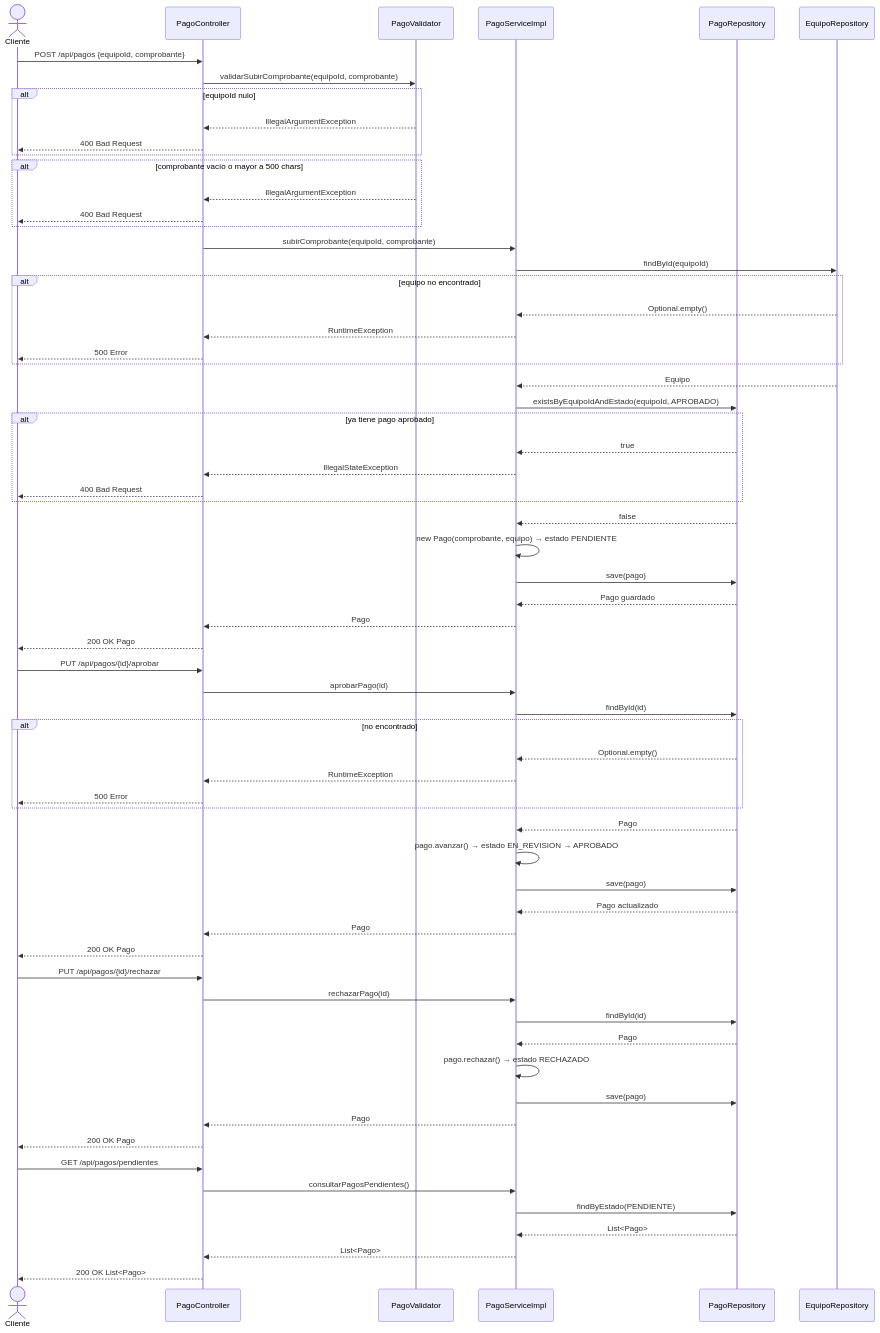
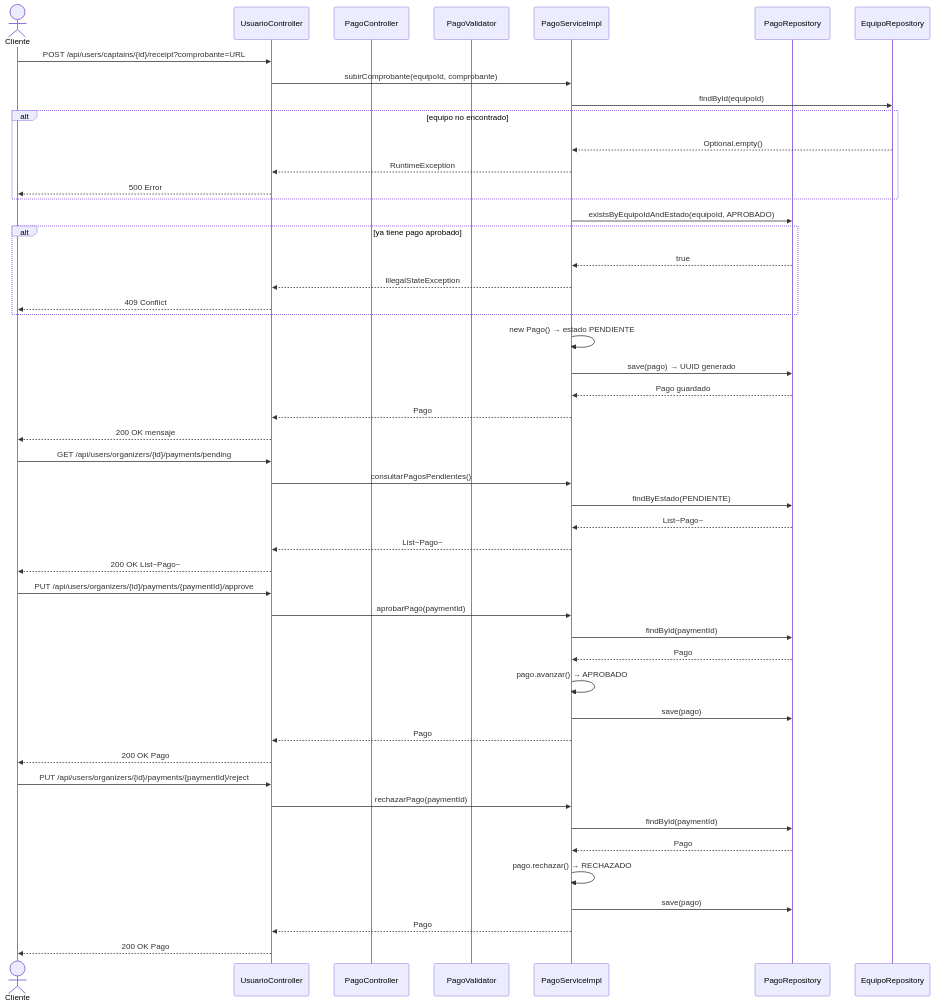
One commit to nglsz006/SFC_techcup-futbol changed the diagram in docs/uml/diagramas-secuencia/07-pagos.md. Above: the diagram before and after it, drawn with Mermaid. The commit also changed 22 other files, not shown here.

Commit message:
feat: UUID migration, OAuth2 fix, updated Mermaid diagrams and README Sprint 4

````diff
--- a/docs/uml/diagramas-secuencia/07-pagos.md
+++ b/docs/uml/diagramas-secuencia/07-pagos.md
@@ -3,75 +3,59 @@
 ```mermaid
 sequenceDiagram
     actor Cliente
+    participant UsuarioController
     participant PagoController
     participant PagoValidator
     participant PagoServiceImpl
     participant PagoRepository
     participant EquipoRepository
 
-    %% Subir comprobante
-    Cliente->>PagoController: POST /api/pagos {equipoId, comprobante}
-    PagoController->>PagoValidator: validarSubirComprobante(equipoId, comprobante)
-    alt equipoId nulo
-        PagoValidator-->>PagoController: IllegalArgumentException
-        PagoController-->>Cliente: 400 Bad Request
-    end
-    alt comprobante vacío o mayor a 500 chars
-        PagoValidator-->>PagoController: IllegalArgumentException
-        PagoController-->>Cliente: 400 Bad Request
-    end
-    PagoController->>PagoServiceImpl: subirComprobante(equipoId, comprobante)
+    %% Subir comprobante via capitan
+    Cliente->>UsuarioController: POST /api/users/captains/{id}/receipt?comprobante=URL
+    UsuarioController->>PagoServiceImpl: subirComprobante(equipoId, comprobante)
     PagoServiceImpl->>EquipoRepository: findById(equipoId)
     alt equipo no encontrado
         EquipoRepository-->>PagoServiceImpl: Optional.empty()
-        PagoServiceImpl-->>PagoController: RuntimeException
-        PagoController-->>Cliente: 500 Error
+        PagoServiceImpl-->>UsuarioController: RuntimeException
+        UsuarioController-->>Cliente: 500 Error
     end
-    EquipoRepository-->>PagoServiceImpl: Equipo
     PagoServiceImpl->>PagoRepository: existsByEquipoIdAndEstado(equipoId, APROBADO)
     alt ya tiene pago aprobado
         PagoRepository-->>PagoServiceImpl: true
-        PagoServiceImpl-->>PagoController: IllegalStateException
-        PagoController-->>Cliente: 400 Bad Request
+        PagoServiceImpl-->>UsuarioController: IllegalStateException
+        UsuarioController-->>Cliente: 409 Conflict
     end
-    PagoRepository-->>PagoServiceImpl: false
-    PagoServiceImpl->>PagoServiceImpl: new Pago(comprobante, equipo) → estado PENDIENTE
-    PagoServiceImpl->>PagoRepository: save(pago)
+    PagoServiceImpl->>PagoServiceImpl: new Pago() → estado PENDIENTE
+    PagoServiceImpl->>PagoRepository: save(pago) → UUID generado
     PagoRepository-->>PagoServiceImpl: Pago guardado
-    PagoServiceImpl-->>PagoController: Pago
-    PagoController-->>Cliente: 200 OK Pago
+    PagoServiceImpl-->>UsuarioController: Pago
+    UsuarioController-->>Cliente: 200 OK mensaje
+
+    %% Consultar pagos pendientes
+    Cliente->>UsuarioController: GET /api/users/organizers/{id}/payments/pending
+    UsuarioController->>PagoServiceImpl: consultarPagosPendientes()
+    PagoServiceImpl->>PagoRepository: findByEstado(PENDIENTE)
+    PagoRepository-->>PagoServiceImpl: List~Pago~
+    PagoServiceImpl-->>UsuarioController: List~Pago~
+    UsuarioController-->>Cliente: 200 OK List~Pago~
 
     %% Aprobar pago
-    Cliente->>PagoController: PUT /api/pagos/{id}/aprobar
-    PagoController->>PagoServiceImpl: aprobarPago(id)
-    PagoServiceImpl->>PagoRepository: findById(id)
-    alt no encontrado
-        PagoRepository-->>PagoServiceImpl: Optional.empty()
-        PagoServiceImpl-->>PagoController: RuntimeException
-        PagoController-->>Cliente: 500 Error
-    end
+    Cliente->>UsuarioController: PUT /api/users/organizers/{id}/payments/{paymentId}/approve
+    UsuarioController->>PagoServiceImpl: aprobarPago(paymentId)
+    PagoServiceImpl->>PagoRepository: findById(paymentId)
     PagoRepository-->>PagoServiceImpl: Pago
-    PagoServiceImpl->>PagoServiceImpl: pago.avanzar() → estado EN_REVISION → APROBADO
+    PagoServiceImpl->>PagoServiceImpl: pago.avanzar() → APROBADO
     PagoServiceImpl->>PagoRepository: save(pago)
-    PagoRepository-->>PagoServiceImpl: Pago actualizado
-    PagoServiceImpl-->>PagoController: Pago
-    PagoController-->>Cliente: 200 OK Pago
+    PagoServiceImpl-->>UsuarioController: Pago
+    UsuarioController-->>Cliente: 200 OK Pago
 
     %% Rechazar pago
-    Cliente->>PagoController: PUT /api/pagos/{id}/rechazar
-    PagoController->>PagoServiceImpl: rechazarPago(id)
-    PagoServiceImpl->>PagoRepository: findById(id)
+    Cliente->>UsuarioController: PUT /api/users/organizers/{id}/payments/{paymentId}/reject
+    UsuarioController->>PagoServiceImpl: rechazarPago(paymentId)
+    PagoServiceImpl->>PagoRepository: findById(paymentId)
     PagoRepository-->>PagoServiceImpl: Pago
-    PagoServiceImpl->>PagoServiceImpl: pago.rechazar() → estado RECHAZADO
+    PagoServiceImpl->>PagoServiceImpl: pago.rechazar() → RECHAZADO
     PagoServiceImpl->>PagoRepository: save(pago)
-    PagoServiceImpl-->>PagoController: Pago
-    PagoController-->>Cliente: 200 OK Pago
-
-    %% Consultar pagos pendientes
-    Cliente->>PagoController: GET /api/pagos/pendientes
-    PagoController->>PagoServiceImpl: consultarPagosPendientes()
-    PagoServiceImpl->>PagoRepository: findByEstado(PENDIENTE)
-    PagoRepository-->>PagoServiceImpl: List<Pago>
-    PagoServiceImpl-->>PagoController: List<Pago>
-    PagoController-->>Cliente: 200 OK List<Pago>
+    PagoServiceImpl-->>UsuarioController: Pago
+    UsuarioController-->>Cliente: 200 OK Pago
 ```
````
